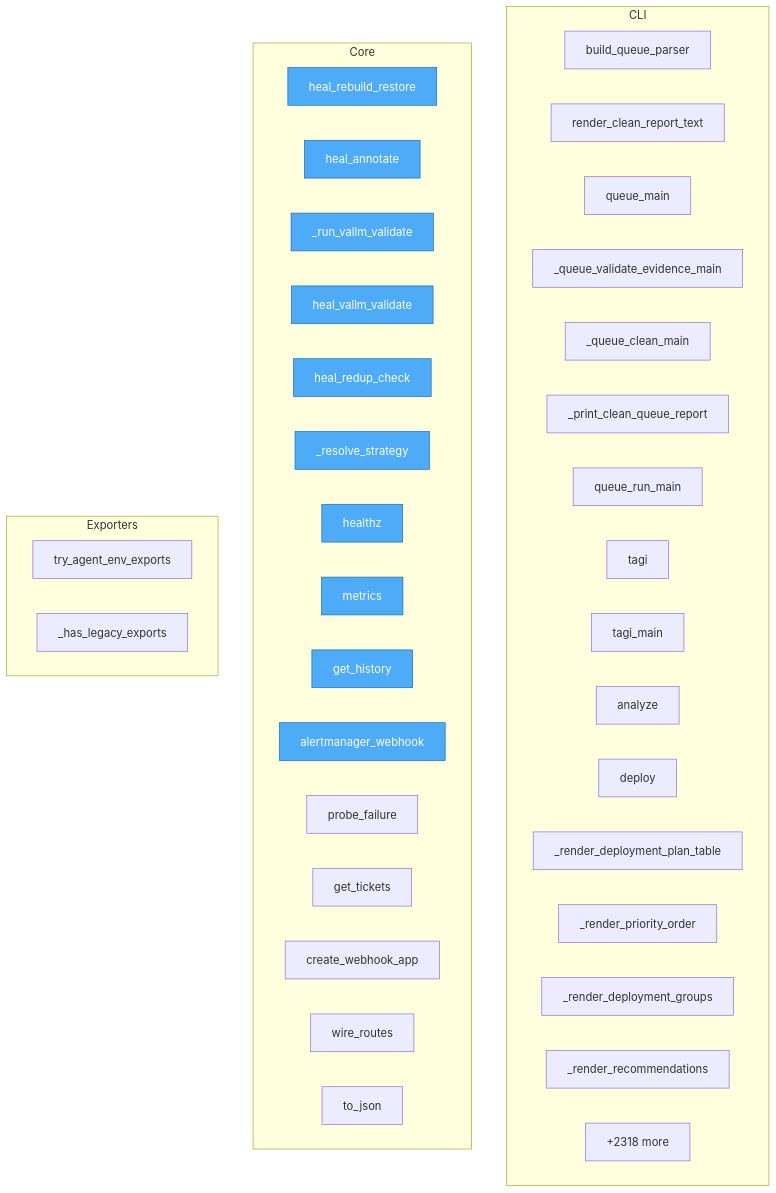
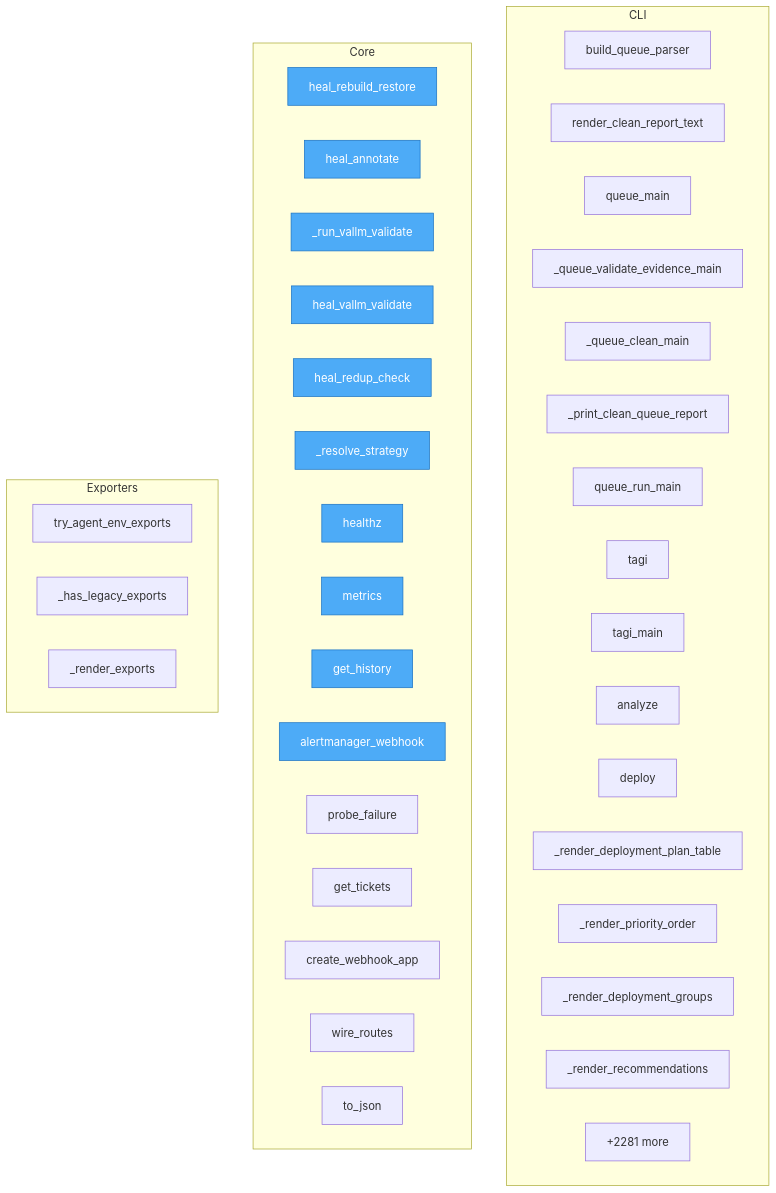
The diagram in project/flow.mmd (semcod/koru), drawn with Mermaid before and after one commit. The commit also changed 70 other files, not shown here.

```diff
--- a/project/flow.mmd
+++ b/project/flow.mmd
@@ -1,50 +1,51 @@
 flowchart TD
 %% generated in 0.11s
 
     %% Entry points (blue)
     classDef entry fill:#4dabf7,stroke:#1971c2,color:#fff
 
     subgraph CLI
         koru__cli_queue__build_queue_parser["build_queue_parser"]
         koru__cli_queue__render_clean_report_text["render_clean_report_text"]
         koru__cli_queue__queue_main["queue_main"]
         koru__cli_queue___queue_validate_evidence_main["_queue_validate_evidence_main"]
         koru__cli_queue___queue_clean_main["_queue_clean_main"]
         koru__cli_queue___print_clean_queue_report["_print_clean_queue_report"]
         koru__cli_queue__queue_run_main["queue_run_main"]
         koru__cli_tagi__tagi["tagi"]
         koru__cli_tagi__tagi_main["tagi_main"]
         koru__cli_tagi__analyze["analyze"]
         koru__cli_tagi__deploy["deploy"]
         koru__cli_tagi___render_deployment_plan_table["_render_deployment_plan_table"]
         koru__cli_tagi___render_priority_order["_render_priority_order"]
         koru__cli_tagi___render_deployment_groups["_render_deployment_groups"]
         koru__cli_tagi___render_recommendations["_render_recommendations"]
         ...["+4 more"]
     end
 
     subgraph Core
         services__healing_webhook__app__heal_rebuild_restore["heal_rebuild_restore"]
         services__healing_webhook__app__heal_annotate["heal_annotate"]
         services__healing_webhook__app___run_vallm_validate["_run_vallm_validate"]
         services__healing_webhook__app__heal_vallm_validate["heal_vallm_validate"]
         services__healing_webhook__app__heal_redup_check["heal_redup_check"]
         services__healing_webhook__app___resolve_strategy["_resolve_strategy"]
         services__healing_webhook__app__healthz["healthz"]
         services__healing_webhook__app__metrics["metrics"]
         services__healing_webhook__app__get_history["get_history"]
         services__healing_webhook__app__alertmanager_webhook["alertmanager_webhook"]
         services__healing_webhook__app__probe_failure["probe_failure"]
         services__healing_webhook__app__get_tickets["get_tickets"]
         services__healing_webhook__app_bootstrap__create_webhook_app["create_webhook_app"]
         services__healing_webhook__app_bootstrap__wire_routes["wire_routes"]
         src__koruobserve__lifecycle__ObserveProcesses__to_json["to_json"]
-        ...["+2318 more"]
+        ...["+2281 more"]
     end
 
     subgraph Exporters
         src__koru__agent_cli_helpers__try_agent_env_exports["try_agent_env_exports"]
         src__koru__cli___has_legacy_exports["_has_legacy_exports"]
+        packages__koruenv__src__koruenv__cli___render_exports["_render_exports"]
     end
 
     class services__healing_webhook__app__heal_rebuild_restore,services__healing_webhook__app__heal_annotate,services__healing_webhook__app___run_vallm_validate,services__healing_webhook__app__heal_vallm_validate,services__healing_webhook__app__heal_redup_check,services__healing_webhook__app___resolve_strategy,services__healing_webhook__app__healthz,services__healing_webhook__app__metrics,services__healing_webhook__app__get_history,services__healing_webhook__app__alertmanager_webhook entry
```
